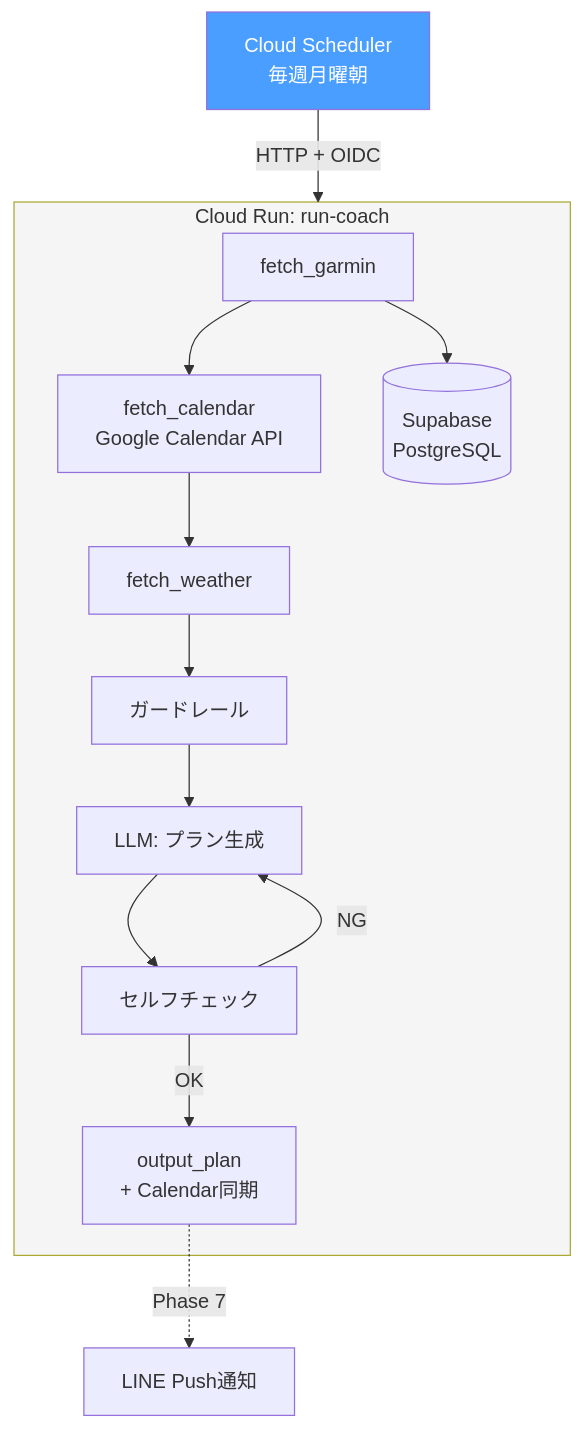
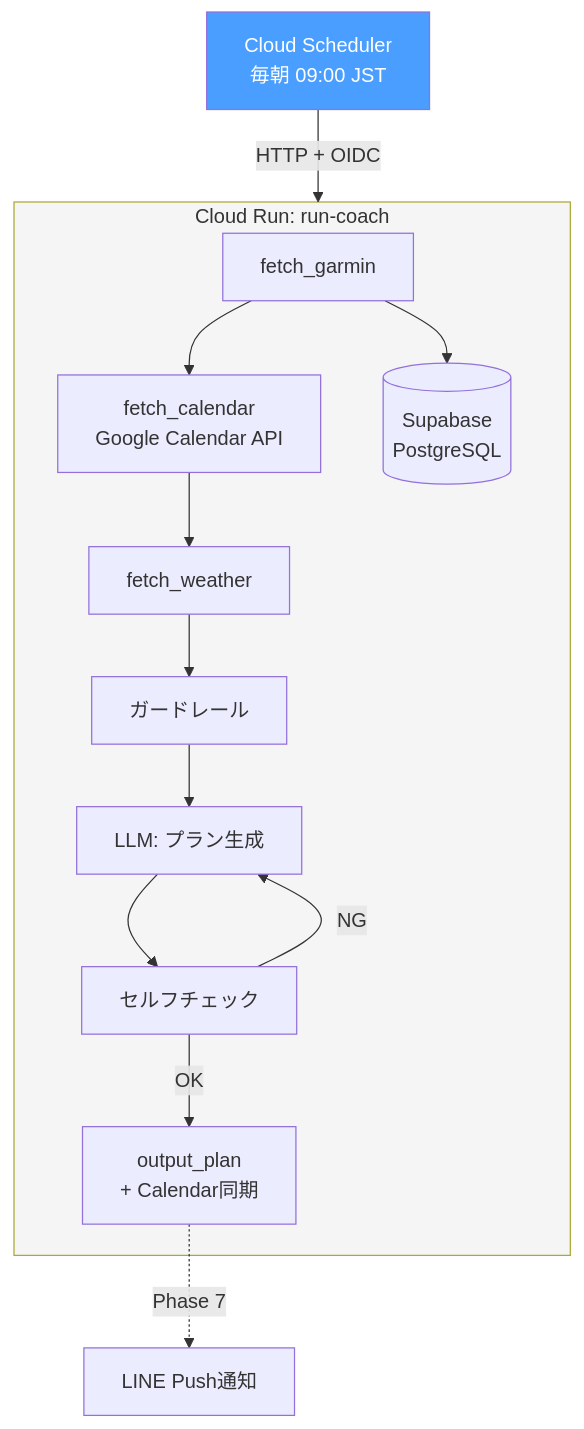
One commit to fuzztarou/run-coach changed the diagram in docs/phase6.3-cloud-scheduler.md. Above: the diagram before and after it, drawn with Mermaid. The commit also changed other lines of this file and 4 other files, not shown here.

````diff
--- a/docs/phase6.3-cloud-scheduler.md
+++ b/docs/phase6.3-cloud-scheduler.md
@@ -15,20 +15,20 @@
 ```mermaid
 flowchart TB
-    CS[Cloud Scheduler<br>毎週月曜朝] -->|HTTP + OIDC| CR
+    CS[Cloud Scheduler<br>毎朝 09:00 JST] -->|HTTP + OIDC| CR
 
     subgraph CR[Cloud Run: run-coach]
         FG[fetch_garmin] --> FC[fetch_calendar<br>Google Calendar API]
         FG --> DB[(Supabase<br>PostgreSQL)]
         FC --> FW[fetch_weather]
         FW --> GR[ガードレール]
         GR --> GEN[LLM: プラン生成]
         GEN --> CHK[セルフチェック]
         CHK -->|OK| OUT[output_plan<br>+ Calendar同期]
         CHK -->|NG| GEN
     end
 
     OUT -.->|Phase 7| LINE[LINE Push通知]
 
     style CS fill:#4a9eff,color:#fff
     style CR fill:#f5f5f5,color:#333
 ```
````
